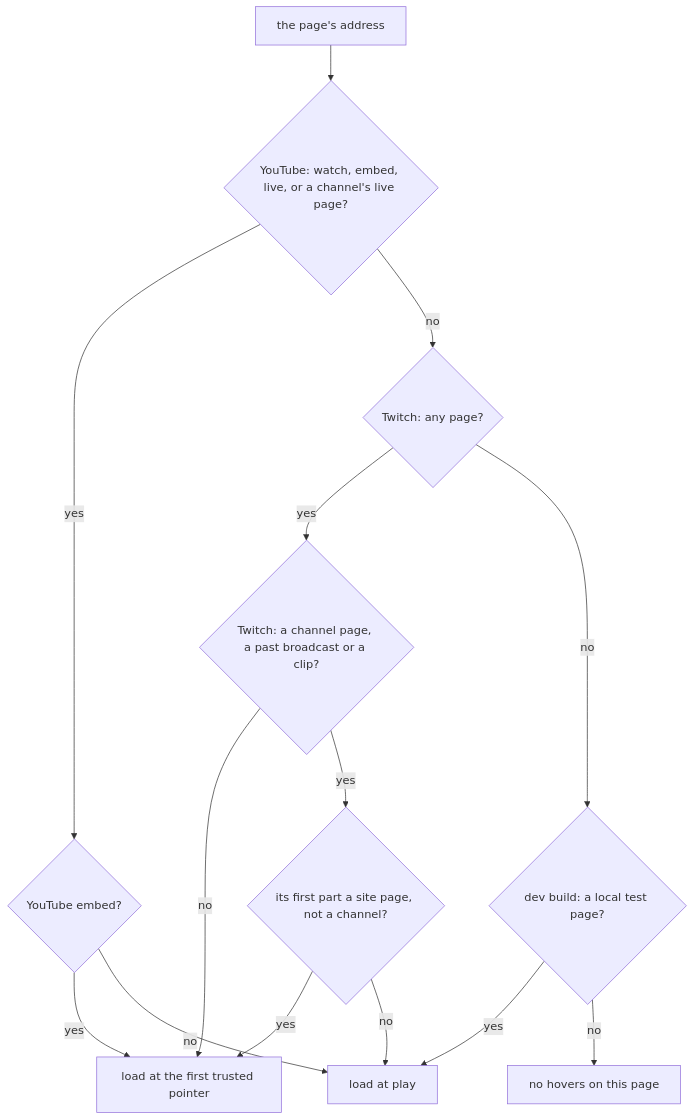
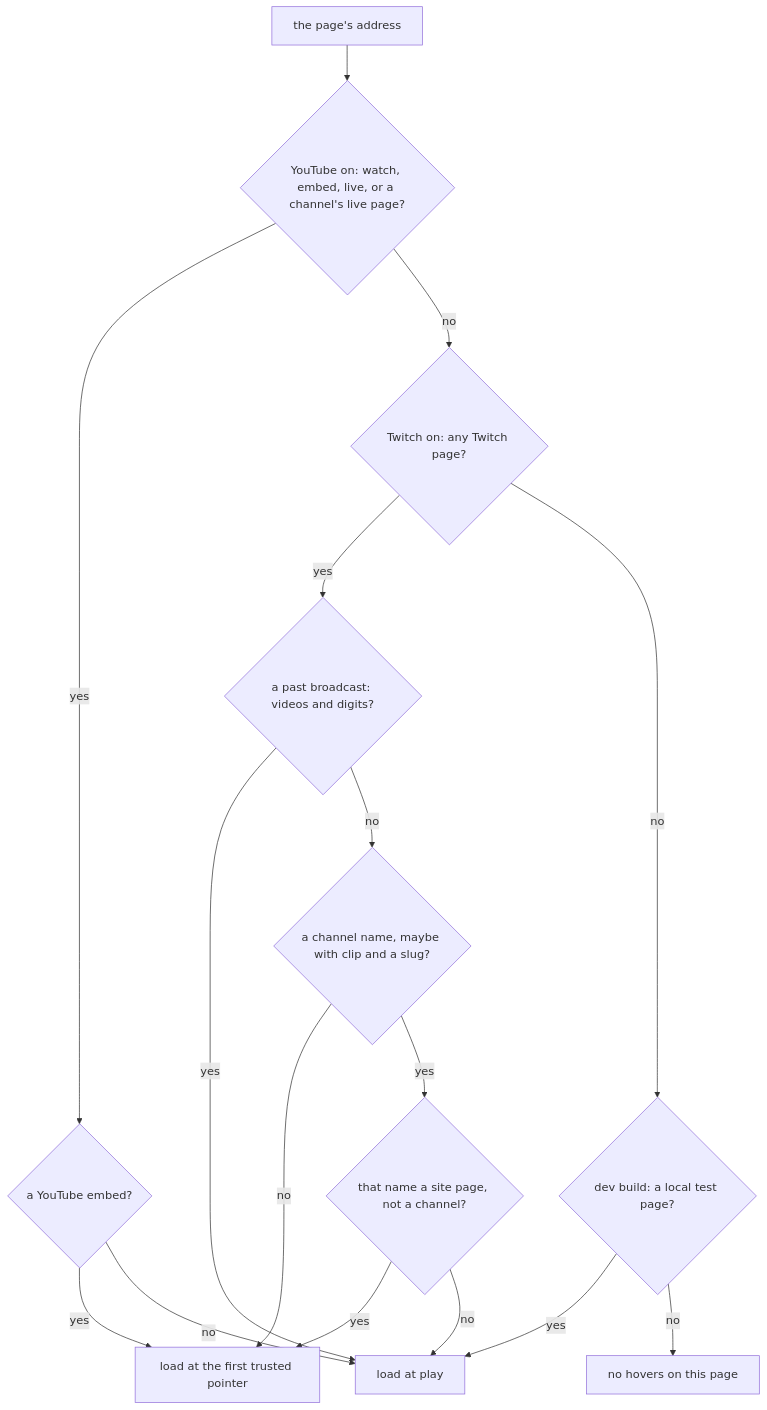
The third of 14 diagrams in docs/hover-map.md (ryangswe/kenbunshoku), drawn with Mermaid before and after one commit. The commit also changed other lines of this file and 4 other files, not shown here.

````diff
--- a/docs/hover-map.md
+++ b/docs/hover-map.md
@@ -151,27 +159,30 @@
 ```mermaid
 flowchart TD
   URL["the page's address"]
-  YT{"YouTube: watch, embed, live, or a channel's live page?"}
-  TW{"Twitch: any page?"}
+  YT{"YouTube on: watch, embed, live, or a channel's live page?"}
+  TW{"Twitch on: any Twitch page?"}
   DEV{"dev build: a local test page?"}
   OFF["no hovers on this page"]
-  EMB{"YouTube embed?"}
-  PLAYER{"Twitch: a channel page, a past broadcast or a clip?"}
-  SIDE{"its first part a site page, not a channel?"}
+  EMB{"a YouTube embed?"}
+  PAST{"a past broadcast: videos and digits?"}
+  CHAN{"a channel name, maybe with clip and a slug?"}
+  SIDE{"that name a site page, not a channel?"}
   ATPLAY["load at play"]
   ATHOVER["load at the first trusted pointer"]
 
   URL --> YT
   YT -->|yes| EMB
   YT -->|no| TW
-  TW -->|yes| PLAYER
+  TW -->|yes| PAST
   TW -->|no| DEV
   DEV -->|yes| ATPLAY
   DEV -->|no| OFF
   EMB -->|yes| ATHOVER
   EMB -->|no| ATPLAY
-  PLAYER -->|no| ATHOVER
-  PLAYER -->|yes| SIDE
+  PAST -->|yes| ATPLAY
+  PAST -->|no| CHAN
+  CHAN -->|no| ATHOVER
+  CHAN -->|yes| SIDE
   SIDE -->|yes| ATHOVER
   SIDE -->|no| ATPLAY
 ```
````
